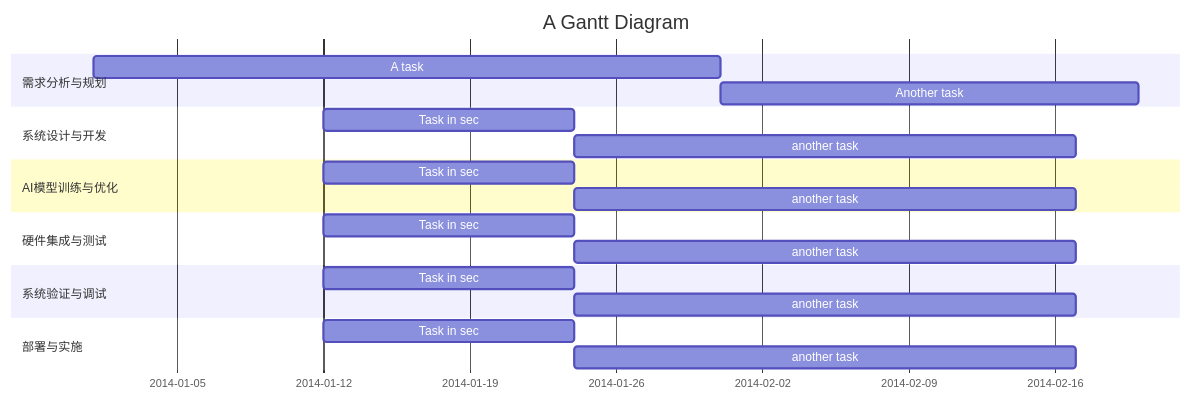
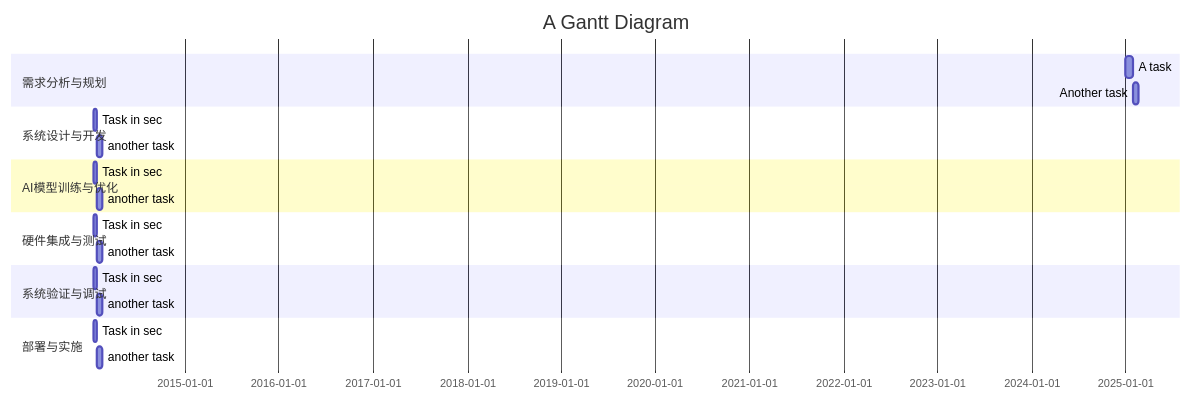
Before and after one commit to libobo6/iodraw-files: the diagram in all/代码甘特图.md, drawn with Mermaid.

Commit message:
2025-01-14 10:54:17 update

````diff
--- a/all/代码甘特图.md
+++ b/all/代码甘特图.md
@@ -1,23 +1,23 @@
 ```mermaid
 gantt
     title A Gantt Diagram
     dateFormat  YYYY-MM-DD
     section 需求分析与规划
-    A task           :a1, 2014-01-01, 30d
+    A task           :a1, 2025-01-01, 30d
     Another task     :after a1  , 20d
     section 系统设计与开发
     Task in sec      :2014-01-12  , 12d
     another task      : 24d
     section AI模型训练与优化
     Task in sec      :2014-01-12  , 12d
     another task      : 24d
     section 硬件集成与测试
     Task in sec      :2014-01-12  , 12d
     another task      : 24d
     section 系统验证与调试
     Task in sec      :2014-01-12  , 12d
     another task      : 24d
     section 部署与实施
     Task in sec      :2014-01-12  , 12d
     another task      : 24d
 ```
````
